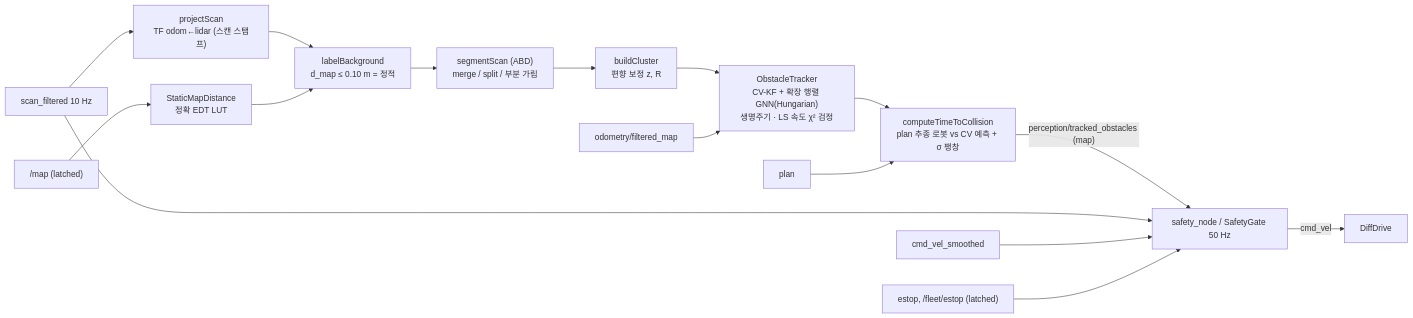
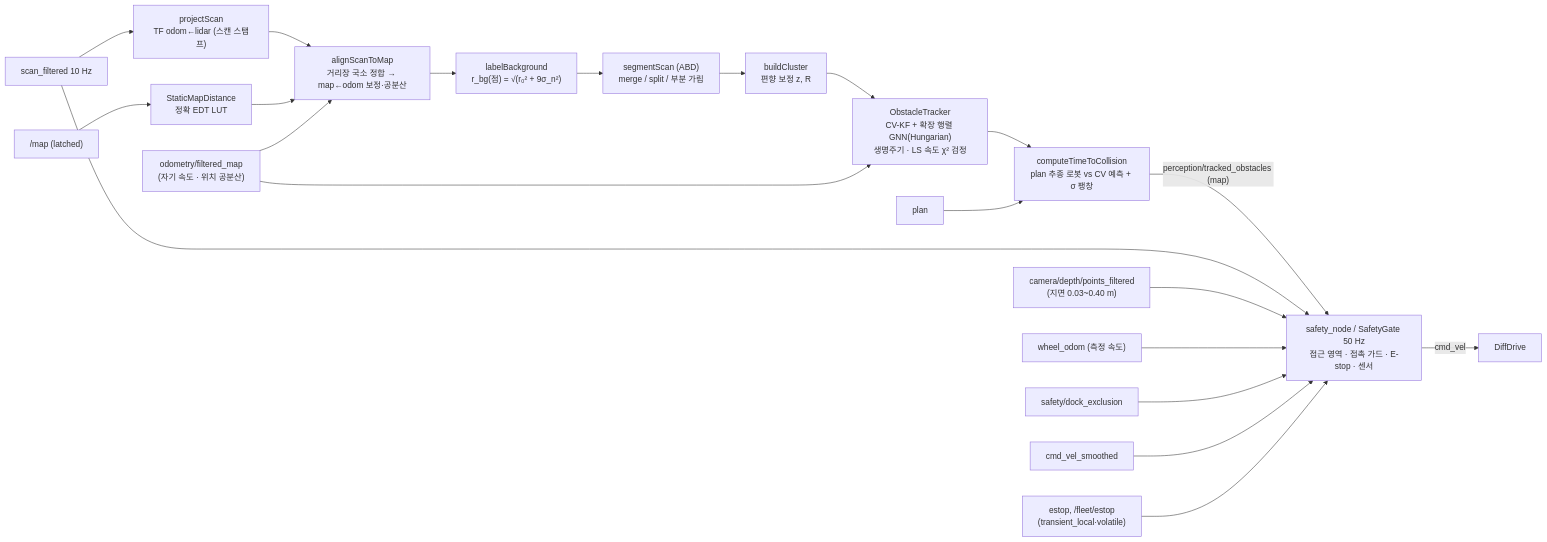
One commit to Benya111in/amr-fleet-system changed the diagram in docs/algorithms/tracking.md. Above: the diagram before and after it, drawn with Mermaid. The commit also changed other lines of this file and 60 other files, not shown here.

````diff
--- a/docs/algorithms/tracking.md
+++ b/docs/algorithms/tracking.md
@@ -10,17 +10,22 @@
 ```mermaid
 flowchart LR
   scan["scan_filtered 10 Hz"] --> proj["projectScan<br/>TF odom←lidar (스캔 스탬프)"]
   map["/map (latched)"] --> lut["StaticMapDistance<br/>정확 EDT LUT"]
-  proj --> bg["labelBackground<br/>d_map ≤ 0.10 m = 정적"]
-  lut --> bg
+  proj --> al["alignScanToMap<br/>거리장 국소 정합 → map←odom 보정·공분산"]
+  lut --> al
+  al --> bg["labelBackground<br/>r_bg(점) = √(r₀² + 9σ_n²)"]
   bg --> seg["segmentScan (ABD)<br/>merge / split / 부분 가림"]
   seg --> cl["buildCluster<br/>편향 보정 z, R"]
   cl --> trk["ObstacleTracker<br/>CV-KF + 확장 행렬 GNN(Hungarian)<br/>생명주기 · LS 속도 χ² 검정"]
-  odom["odometry/filtered_map"] --> trk
+  odom["odometry/filtered_map<br/>(자기 속도 · 위치 공분산)"] --> trk
+  odom --> al
   trk --> ttc["computeTimeToCollision<br/>plan 추종 로봇 vs CV 예측 + σ 팽창"]
   plan["plan"] --> ttc
-  ttc -->|"perception/tracked_obstacles (map)"| safety["safety_node / SafetyGate 50 Hz"]
+  ttc -->|"perception/tracked_obstacles (map)"| safety["safety_node / SafetyGate 50 Hz<br/>접근 영역 · 접촉 가드 · E-stop · 센서"]
   scan --> safety
+  pc["camera/depth/points_filtered<br/>(지면 0.03~0.40 m)"] --> safety
+  wo["wheel_odom (측정 속도)"] --> safety
+  excl["safety/dock_exclusion"] --> safety
   cmd["cmd_vel_smoothed"] --> safety -->|"cmd_vel"| gz["DiffDrive"]
-  estop["estop, /fleet/estop (latched)"] --> safety
+  estop["estop, /fleet/estop<br/>(transient_local·volatile)"] --> safety
 ```
````
